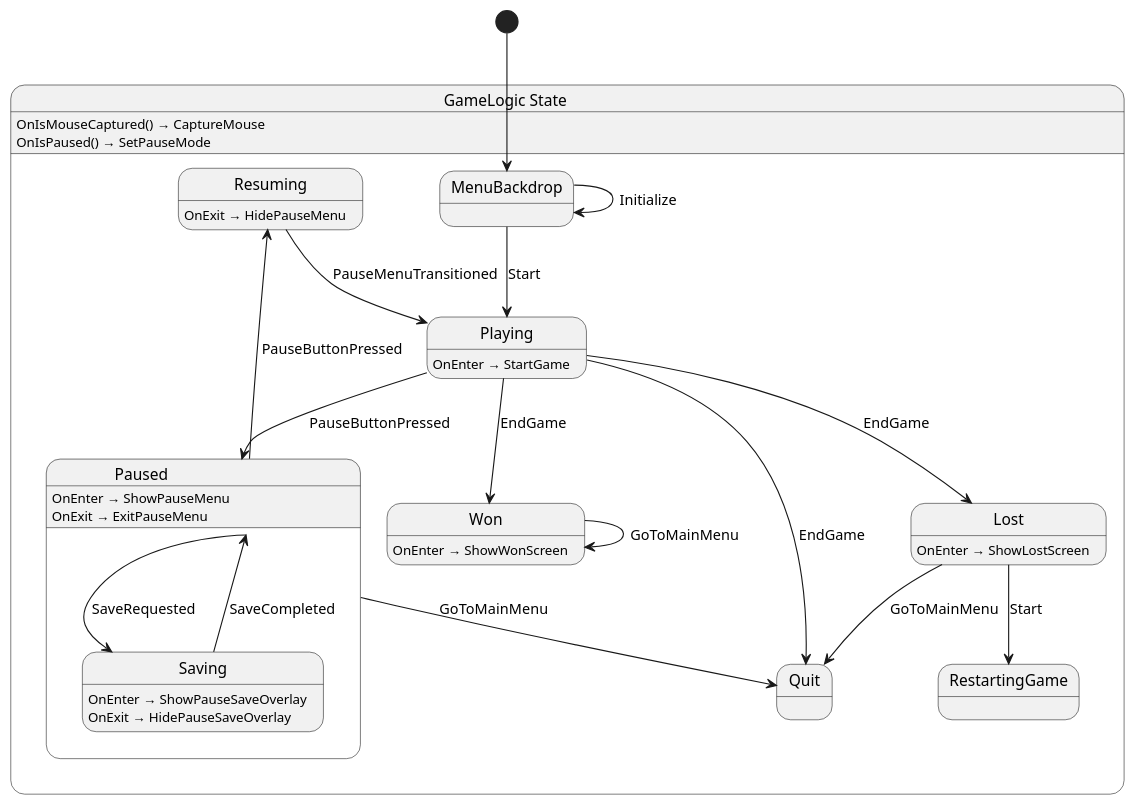
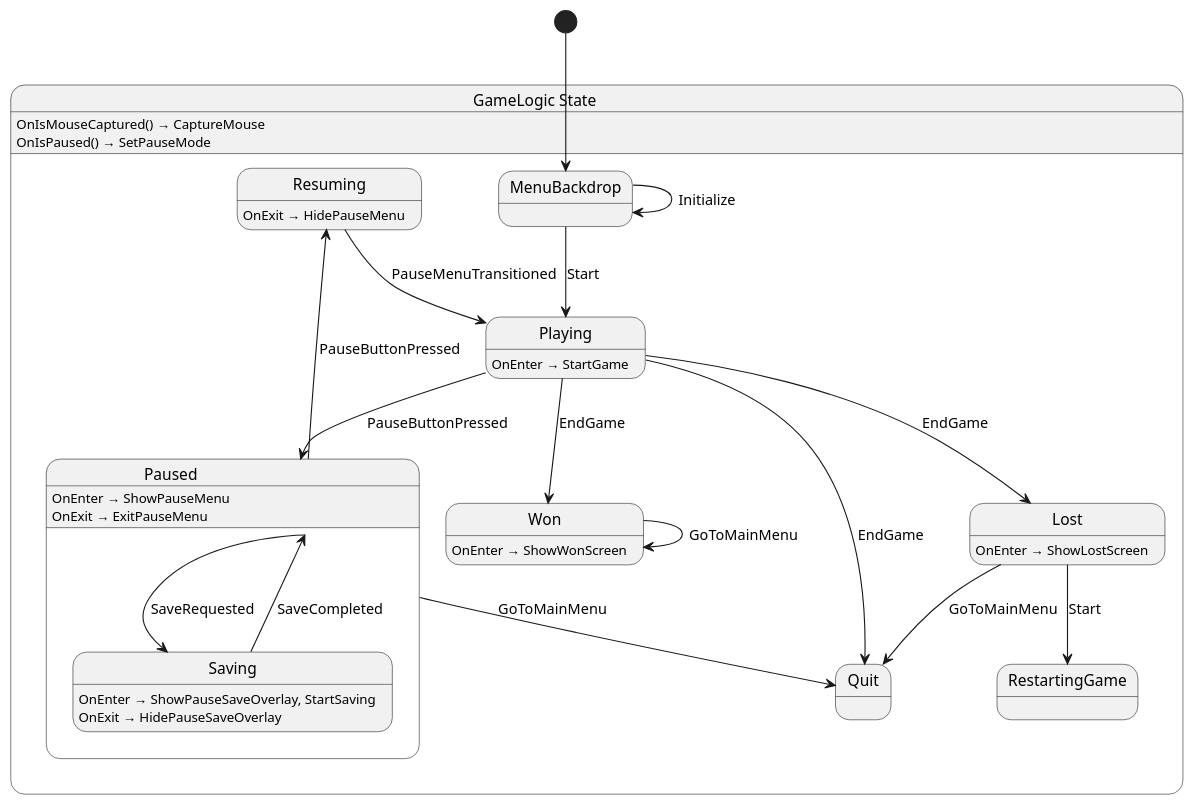
The diagram in src/game/state/GameLogic.g.puml (chickensoft-games/GameDemo), drawn with PlantUML before and after one commit. The commit also changed 174 other files, not shown here.

```diff
--- a/src/game/state/GameLogic.g.puml
+++ b/src/game/state/GameLogic.g.puml
@@ -1,46 +1,42 @@
 @startuml GameLogic
 state "GameLogic State" as GameDemo_GameLogic_State {
-  state "Lost" as GameDemo_GameLogic_State_Lost {
-    GameDemo_GameLogic_State_Lost : OnEnter → ShowLostScreen
-  }
+  state "Lost" as GameDemo_GameLogic_State_Lost
   state "MenuBackdrop" as GameDemo_GameLogic_State_MenuBackdrop
   state "Paused" as GameDemo_GameLogic_State_Paused {
-    state "Saving" as GameDemo_GameLogic_State_Saving {
-      GameDemo_GameLogic_State_Saving : OnEnter → ShowPauseSaveOverlay
-      GameDemo_GameLogic_State_Saving : OnExit → HidePauseSaveOverlay
-    }
-    GameDemo_GameLogic_State_Paused : OnEnter → ShowPauseMenu
-    GameDemo_GameLogic_State_Paused : OnExit → ExitPauseMenu
+    state "Saving" as GameDemo_GameLogic_State_Saving
   }
-  state "Playing" as GameDemo_GameLogic_State_Playing {
-    GameDemo_GameLogic_State_Playing : OnEnter → StartGame
-  }
+  state "Playing" as GameDemo_GameLogic_State_Playing
   state "Quit" as GameDemo_GameLogic_State_Quit
   state "RestartingGame" as GameDemo_GameLogic_State_RestartingGame
-  state "Resuming" as GameDemo_GameLogic_State_Resuming {
-    GameDemo_GameLogic_State_Resuming : OnExit → HidePauseMenu
-  }
-  state "Won" as GameDemo_GameLogic_State_Won {
-    GameDemo_GameLogic_State_Won : OnEnter → ShowWonScreen
-  }
-  GameDemo_GameLogic_State : OnIsMouseCaptured() → CaptureMouse
-  GameDemo_GameLogic_State : OnIsPaused() → SetPauseMode
+  state "Resuming" as GameDemo_GameLogic_State_Resuming
+  state "Won" as GameDemo_GameLogic_State_Won
 }
 
 GameDemo_GameLogic_State_Lost --> GameDemo_GameLogic_State_Quit : GoToMainMenu
 GameDemo_GameLogic_State_Lost --> GameDemo_GameLogic_State_RestartingGame : Start
 GameDemo_GameLogic_State_MenuBackdrop --> GameDemo_GameLogic_State_MenuBackdrop : Initialize
 GameDemo_GameLogic_State_MenuBackdrop --> GameDemo_GameLogic_State_Playing : Start
 GameDemo_GameLogic_State_Paused --> GameDemo_GameLogic_State_Quit : GoToMainMenu
 GameDemo_GameLogic_State_Paused --> GameDemo_GameLogic_State_Resuming : PauseButtonPressed
 GameDemo_GameLogic_State_Paused --> GameDemo_GameLogic_State_Saving : SaveRequested
 GameDemo_GameLogic_State_Playing --> GameDemo_GameLogic_State_Lost : EndGame
 GameDemo_GameLogic_State_Playing --> GameDemo_GameLogic_State_Paused : PauseButtonPressed
 GameDemo_GameLogic_State_Playing --> GameDemo_GameLogic_State_Quit : EndGame
 GameDemo_GameLogic_State_Playing --> GameDemo_GameLogic_State_Won : EndGame
 GameDemo_GameLogic_State_Resuming --> GameDemo_GameLogic_State_Playing : PauseMenuTransitioned
 GameDemo_GameLogic_State_Saving --> GameDemo_GameLogic_State_Paused : SaveCompleted
 GameDemo_GameLogic_State_Won --> GameDemo_GameLogic_State_Won : GoToMainMenu
 
+GameDemo_GameLogic_State : OnIsMouseCaptured() → CaptureMouse
+GameDemo_GameLogic_State : OnIsPaused() → SetPauseMode
+GameDemo_GameLogic_State_Lost : OnEnter → ShowLostScreen
+GameDemo_GameLogic_State_Paused : OnEnter → ShowPauseMenu
+GameDemo_GameLogic_State_Paused : OnExit → ExitPauseMenu
+GameDemo_GameLogic_State_Playing : OnEnter → StartGame
+GameDemo_GameLogic_State_Resuming : OnExit → HidePauseMenu
+GameDemo_GameLogic_State_Saving : OnEnter → ShowPauseSaveOverlay, StartSaving
+GameDemo_GameLogic_State_Saving : OnExit → HidePauseSaveOverlay
+GameDemo_GameLogic_State_Won : OnEnter → ShowWonScreen
+
 [*] --> GameDemo_GameLogic_State_MenuBackdrop
 @enduml
```
